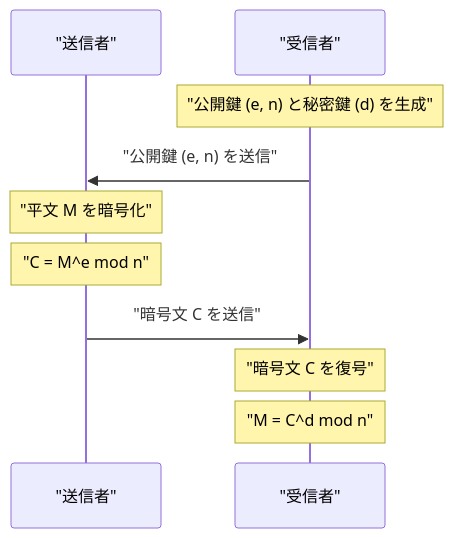
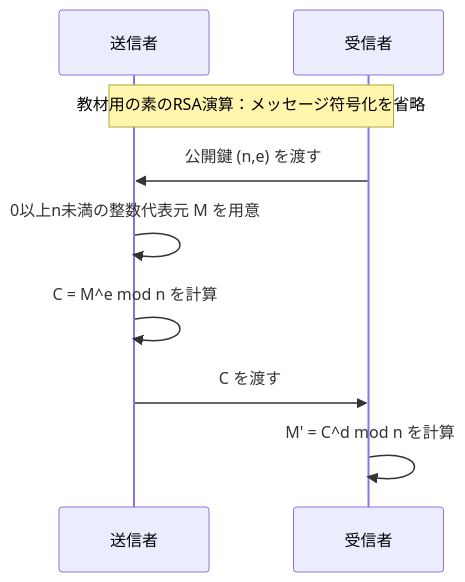
One commit to kenjinote/blog changed the second of 2 diagrams in content/post/fermats-little-theorem/index.md. Above: the diagram before and after it, drawn with Mermaid. The commit also changed other lines of this file and 8 other files, not shown here.

````diff
--- a/content/post/fermats-little-theorem/index.md
+++ b/content/post/fermats-little-theorem/index.md
@@ -102,12 +80,11 @@
 ```mermaid
 sequenceDiagram
-    participant Sender as "送信者"
-    participant Receiver as "受信者"
-    Note over Receiver: "公開鍵 (e, n) と秘密鍵 (d) を生成"
-    Receiver->>Sender: "公開鍵 (e, n) を送信"
-    Note over Sender: "平文 M を暗号化"
-    Note over Sender: "C = M^e mod n"
-    Sender->>Receiver: "暗号文 C を送信"
-    Note over Receiver: "暗号文 C を復号"
-    Note over Receiver: "M = C^d mod n"
+    participant Sender as 送信者
+    participant Receiver as 受信者
+    Note over Sender,Receiver: 教材用の素のRSA演算：メッセージ符号化を省略
+    Receiver->>Sender: 公開鍵 (n,e) を渡す
+    Sender->>Sender: 0以上n未満の整数代表元 M を用意
+    Sender->>Sender: C = M^e mod n を計算
+    Sender->>Receiver: C を渡す
+    Receiver->>Receiver: M' = C^d mod n を計算
 ```
````
